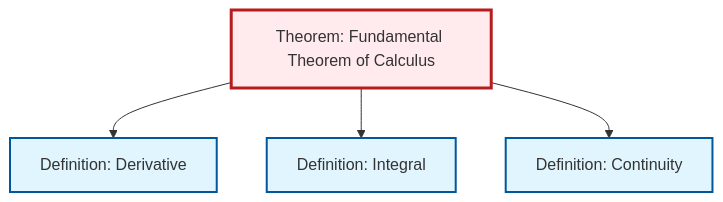
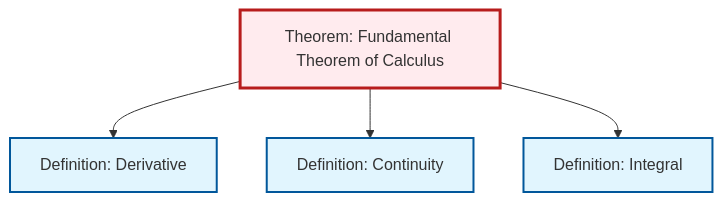
The diagram in content/ja/analysis/thm-fundamental-calculus.qmd (RK0429/ModernMath), drawn with Mermaid before and after one commit. The commit also changed other lines of this file and 654 other files, not shown here.

````diff
--- a/content/ja/analysis/thm-fundamental-calculus.qmd
+++ b/content/ja/analysis/thm-fundamental-calculus.qmd
@@ -142,20 +142,20 @@
 ```{mermaid}
 %%| fig-cap: "Local dependency graph"
 graph TD
     classDef definition fill:#e1f5fe,stroke:#01579b,stroke-width:2px
     classDef theorem fill:#f3e5f5,stroke:#4a148c,stroke-width:2px
     classDef axiom fill:#fff3e0,stroke:#e65100,stroke-width:2px
     classDef example fill:#e8f5e9,stroke:#1b5e20,stroke-width:2px
     classDef current fill:#ffebee,stroke:#b71c1c,stroke-width:3px
-    def-continuity["Definition: Continuity"]:::definition
-    def-derivative["Definition: Derivative"]:::definition
     thm-fundamental-calculus["Theorem: Fundamental Theorem of Calculus"]:::theorem
     def-integral["Definition: Integral"]:::definition
+    def-derivative["Definition: Derivative"]:::definition
+    def-continuity["Definition: Continuity"]:::definition
     thm-fundamental-calculus --> def-derivative
+    thm-fundamental-calculus --> def-continuity
     thm-fundamental-calculus --> def-integral
-    thm-fundamental-calculus --> def-continuity
     class thm-fundamental-calculus current
+    click def-integral "def-integral.html" "Definition: Integralへ"
+    click def-derivative "def-derivative.html" "Definition: Derivativeへ"
     click def-continuity "def-continuity.html" "Definition: Continuityへ"
-    click def-derivative "def-derivative.html" "Definition: Derivativeへ"
-    click def-integral "def-integral.html" "Definition: Integralへ"
 ```
````
